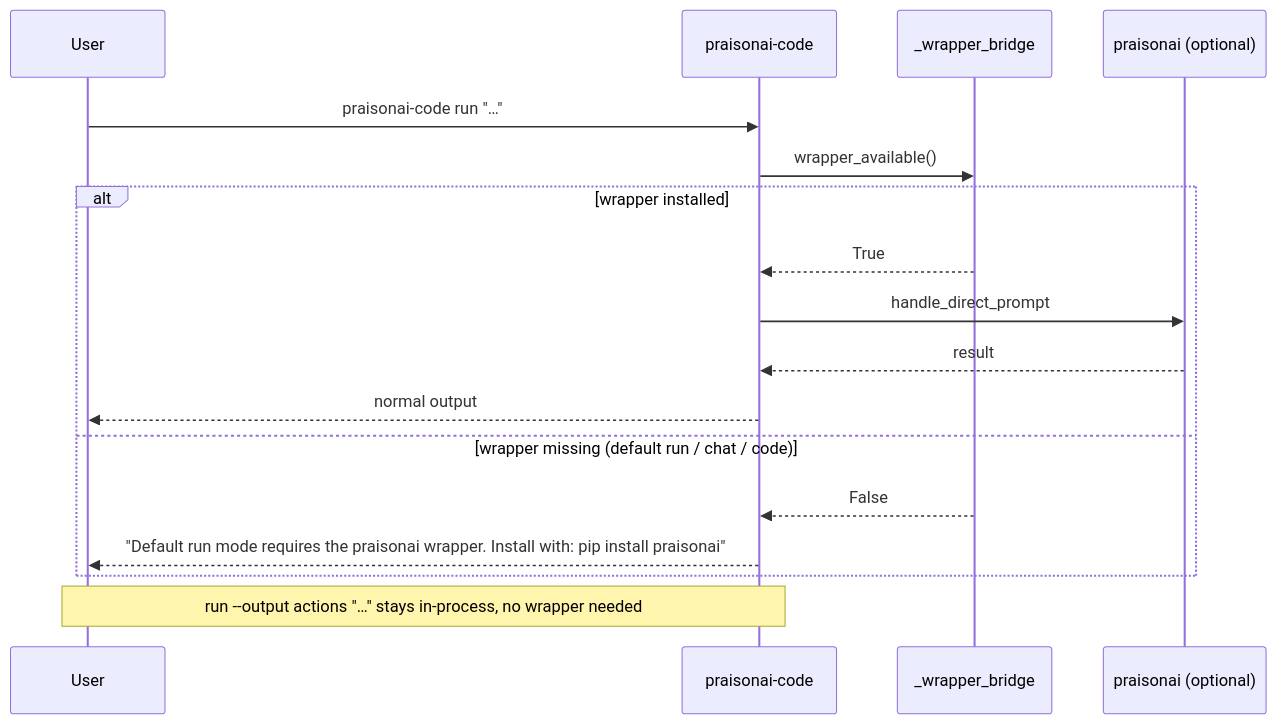
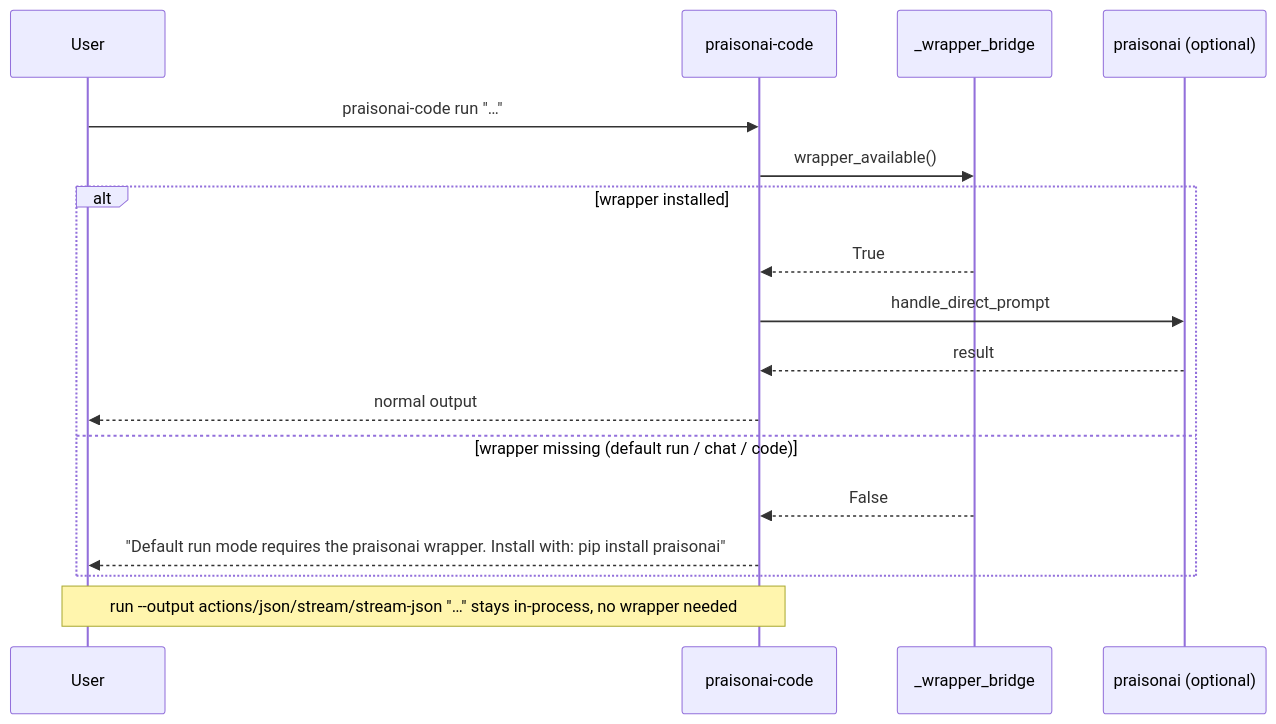
The third of 3 diagrams in docs/features/praisonai-code-cli.mdx (MervinPraison/PraisonAIDocs), drawn with Mermaid before and after one commit. The commit also changed other lines of this file and 5 other files, not shown here.

First line of the commit message:
docs: document json/stream/stream-json as standalone-safe run modes (fixes #1806)

````diff
--- a/docs/features/praisonai-code-cli.mdx
+++ b/docs/features/praisonai-code-cli.mdx
@@ -112,20 +114,20 @@
 ```mermaid
 sequenceDiagram
     participant User
     participant CLI as praisonai-code
     participant Bridge as _wrapper_bridge
     participant Wrapper as praisonai (optional)
 
     User->>CLI: praisonai-code run "…"
     CLI->>Bridge: wrapper_available()
     alt wrapper installed
         Bridge-->>CLI: True
         CLI->>Wrapper: handle_direct_prompt
         Wrapper-->>CLI: result
         CLI-->>User: normal output
     else wrapper missing (default run / chat / code)
         Bridge-->>CLI: False
         CLI-->>User: "Default run mode requires the praisonai wrapper. Install with: pip install praisonai"
     end
-    Note over User,CLI: run --output actions "…" stays in-process, no wrapper needed
+    Note over User,CLI: run --output actions/json/stream/stream-json "…" stays in-process, no wrapper needed
 ```
````
